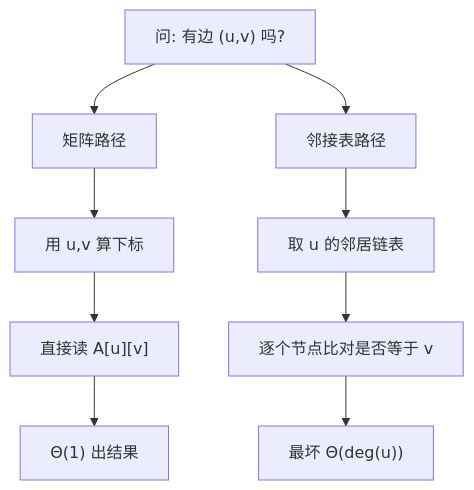
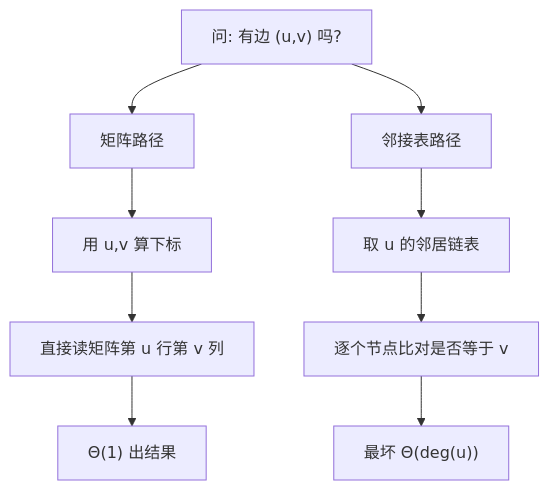
Before and after one commit to xhongduo-tech/xhongduo-tech.github.io: the second of 2 diagrams in docs/cs/adj-list-matrix.md, drawn with Mermaid. The commit also changed 19 other files, not shown here.

Commit message:
Enhance more cs articles with second diagrams and beginner marginnotes.

````diff
--- a/docs/cs/adj-list-matrix.md
+++ b/docs/cs/adj-list-matrix.md
@@ -48,7 +48,7 @@
 ```mermaid
 flowchart TD
   Q["问: 有边 (u,v) 吗?"] --> M["矩阵路径"]
   Q --> L["邻接表路径"]
-  M --> M1["用 u,v 算下标"] --> M2["直接读 A[u][v]"] --> M3["Θ(1) 出结果"]
+  M --> M1["用 u,v 算下标"] --> M2["直接读矩阵第 u 行第 v 列"] --> M3["Θ(1) 出结果"]
   L --> L1["取 u 的邻居链表"] --> L2["逐个节点比对是否等于 v"] --> L3["最坏 Θ(deg(u))"]
 ```
````
